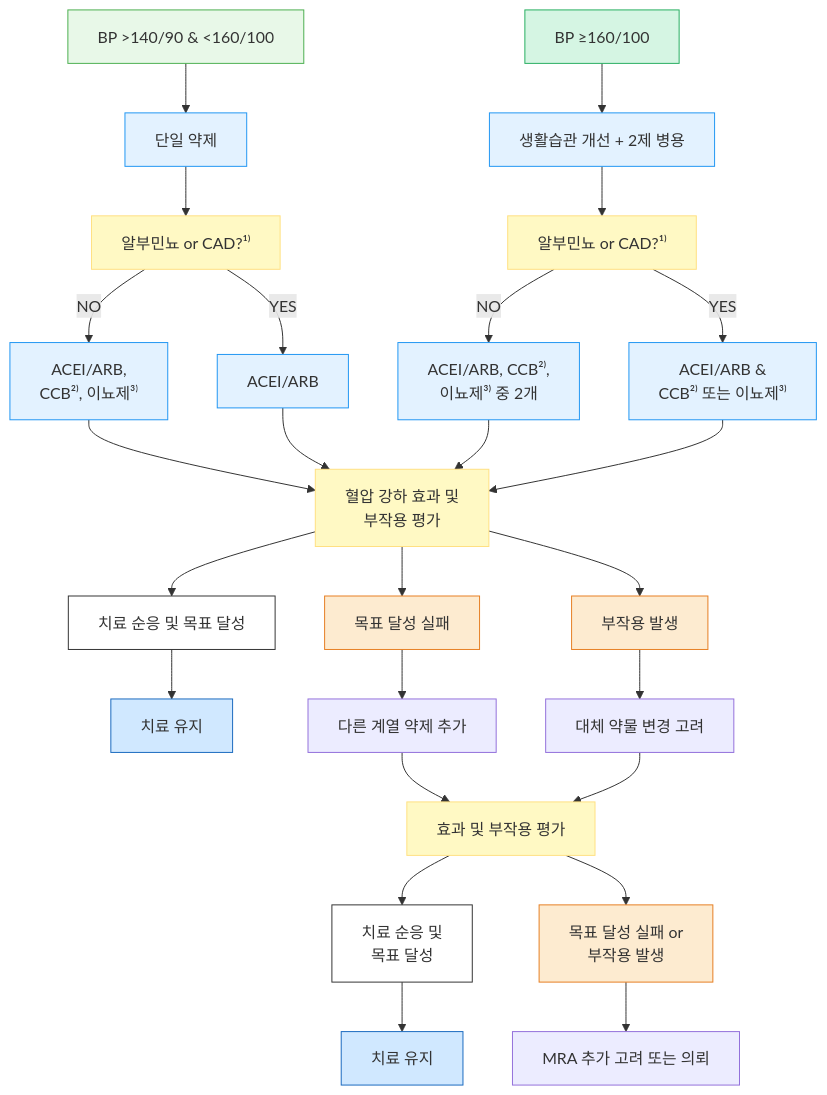
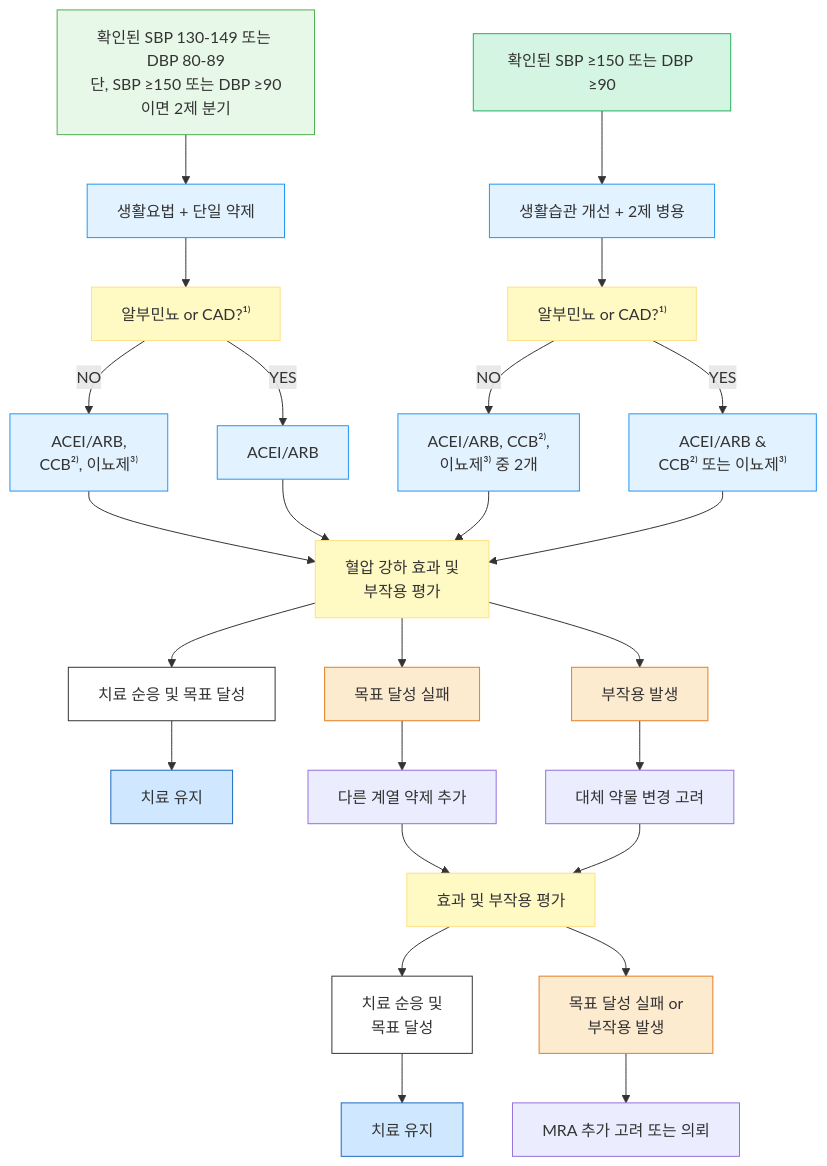
Before and after one commit to familyoh77/familyoh77: the fifth of 6 diagrams in 225_/095_-hypertension.md, drawn with Mermaid. The commit also changed other lines of this file and 5 other files, not shown here.

````diff
--- a/225_/095_-hypertension.md
+++ b/225_/095_-hypertension.md
@@ -1223,38 +1227,38 @@
 ```mermaid
 flowchart TD
-    Start1["BP >140/90 & <160/100"]
-    Start2["BP ≥160/100"]
+    Start1["확인된 SBP 130-149 또는 DBP 80-89<br/>단, SBP ≥150 또는 DBP ≥90이면 2제 분기"]
+    Start2["확인된 SBP ≥150 또는 DBP ≥90"]
 style Start1 fill:#e8f8e8,stroke:#4caf50
 style Start2 fill:#d5f5e3,stroke:#27ae60
 
-    Start1 --> S1["단일 약제"]
+    Start1 --> S1["생활요법 + 단일 약제"]
     Start2 --> S2["생활습관 개선 + 2제 병용"]    
     S1 --> Check1["알부민뇨 or CAD?¹⁾"]
     Check1 -- NO --> Drugs1["ACEI/ARB, <br/>CCB²⁾, 이뇨제³⁾"]
     Check1 -- YES --> Drugs2["ACEI/ARB"]
     S2 --> Check2["알부민뇨 or CAD?¹⁾"]
     Check2 -- NO --> Drugs3["ACEI/ARB, CCB²⁾, <br/>이뇨제³⁾ 중 2개"]
     Check2 -- YES --> Drugs4["ACEI/ARB & <br/>CCB²⁾ 또는 이뇨제³⁾"]
     Drugs1 & Drugs2 & Drugs3 & Drugs4 --> Eval1["혈압 강하 효과 및 <br/>부작용 평가"] 
     Eval1 --> Success["치료 순응 및 목표 달성"]
     Eval1 --> Fail["목표 달성 실패"]
     Eval1 --> SideEffect["부작용 발생"]
     Success --> Maintain["치료 유지"]
     Fail --> AddDrug["다른 계열 약제 추가"]
     SideEffect --> ChangeDrug["대체 약물 변경 고려"]
     AddDrug & ChangeDrug --> Eval2["효과 및 부작용 평가"]
     Eval2 --> Success2["치료 순응 및 <br/>목표 달성"]
     Eval2 --> Fail2["목표 달성 실패 or <br/>부작용 발생"]
     Success2 --> Maintain2["치료 유지"]
     Fail2 --> Referral["MRA 추가 고려 또는 의뢰"]
 classDef white fill:#fff,stroke:#333
 class Success2,Success white
 classDef orange fill:#fdebd0,stroke:#e67e22
 class Fail,Fail2,SideEffect orange
 classDef blue fill:#d0e8ff,stroke:#1a6abf
 class Maintain2,Maintain blue
 classDef yellow fill:#fff9c4,stroke:#ffe082
 class Check1,Check2,Eval2,Eval1 yellow
 classDef sky fill:#e3f2ff,stroke:#2196f3
 class S1,S2,Drugs1,Drugs2,Drugs3,Drugs4 sky
 ```
````
